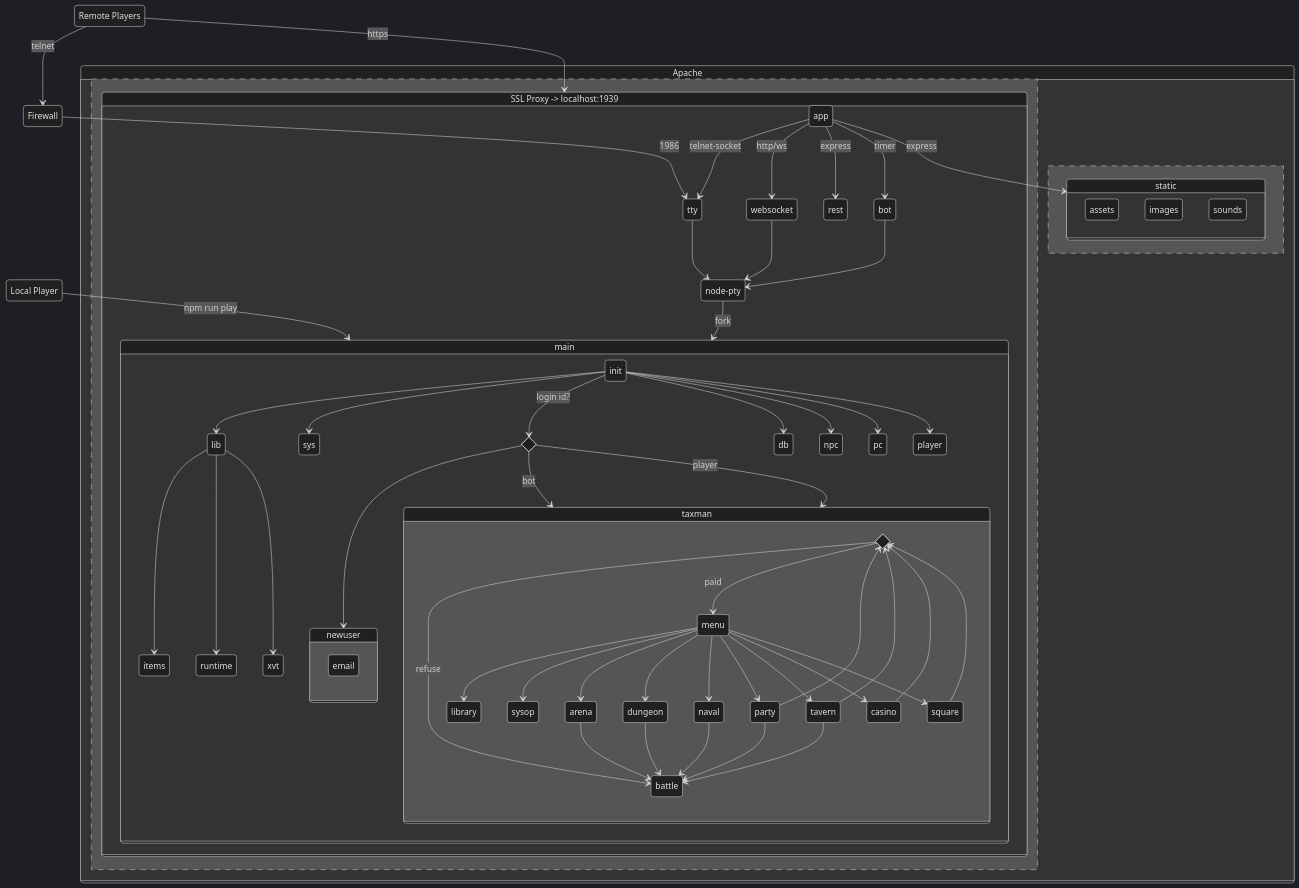
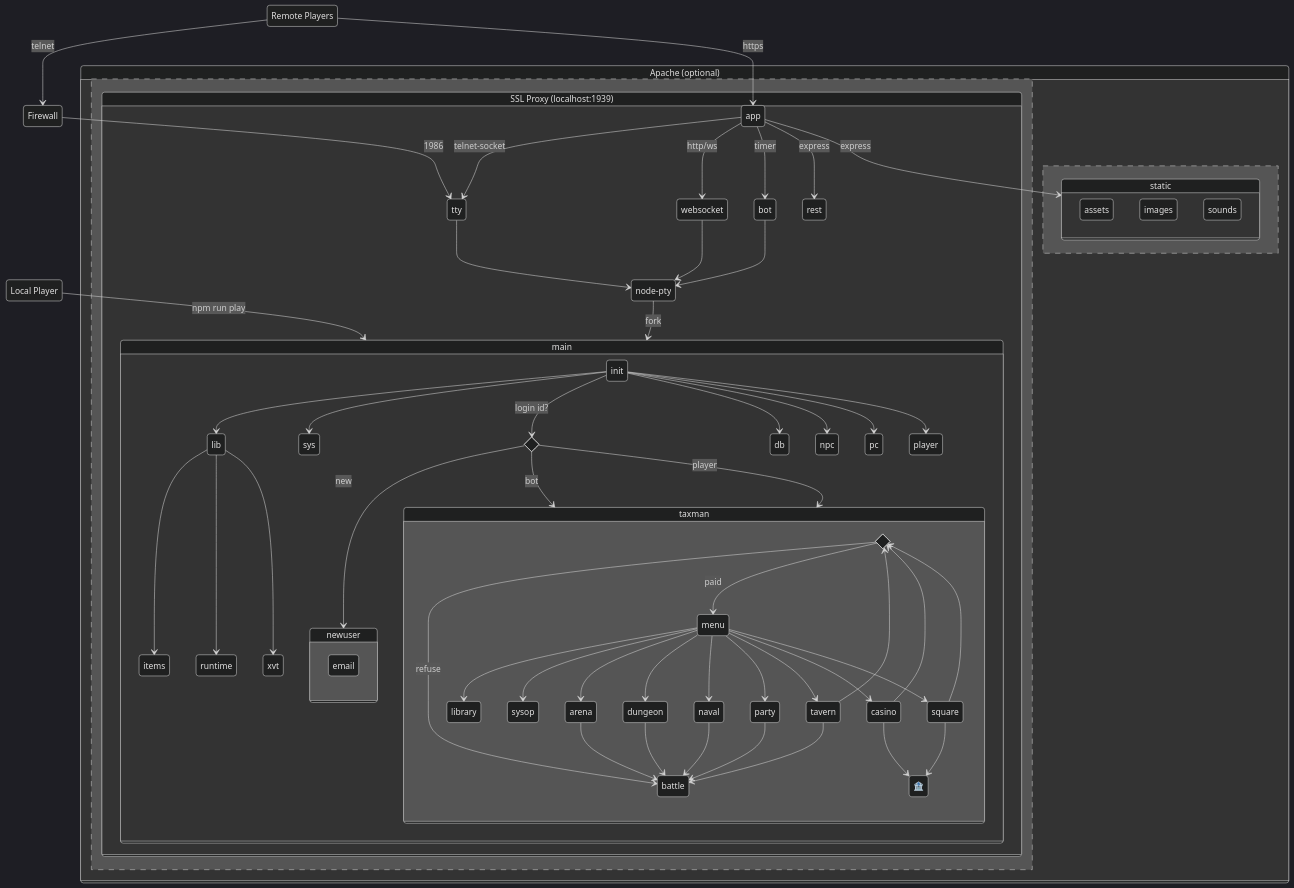
Before and after one commit to theflyingape/dankdomain: the diagram in README.md, drawn with Mermaid.

Commit message:
mermaid corrections

````diff
--- a/README.md
+++ b/README.md
@@ -29,74 +29,76 @@
 ```mermaid
 %%{init: {'theme':'dark'}}%%
 stateDiagram-v2
   direction TB
   Local : Local Player
   Local --> main : npm run play
   Remote : Remote Players
   Remote --> Firewall : telnet
-  Remote --> proxy : https
+  Remote --> app : https
   Firewall --> tty : 1986
-  state Apache {
-    state "SSL Proxy -> localhost:1939" as proxy {
+  state "Apache (optional)" as Apache {
+    state "SSL Proxy (localhost:1939)" as proxy {
       app --> tty : telnet-socket
       app --> websocket : http/ws
       app --> bot : timer
       app --> rest : express
       app --> static : express
       fork: node-pty
       tty --> fork
       websocket --> fork
       bot --> fork
       fork --> main : fork
     }
     --
     state static {
       assets
       images
       sounds
     }
   }
 
   state main {
     state login <<choice>>
     init --> sys
     init --> lib
     init --> db
     init --> npc
     init --> pc
     init --> player
     init --> login: login id?
     lib --> items
     lib --> runtime
     lib --> xvt
-    login --> newuser
+    login --> newuser : new
     login --> taxman: bot
     login --> taxman: player
     state newuser {
       email
     }
     state taxman {
       state taxes <<choice>>
       taxes --> battle : refuse
       taxes --> menu : paid
       menu --> library
       menu --> sysop
       menu --> arena
       menu --> dungeon
       menu --> naval
       menu --> party
       menu --> tavern
       menu --> casino
       menu --> square
       arena --> battle
       dungeon --> battle
       naval --> battle
       party --> battle
       tavern --> battle
       casino --> taxes
-      party --> taxes
       square --> taxes
       tavern --> taxes
+      state "🏦" as bank
+      casino --> bank
+      square --> bank
     }
   }
 ```
````
